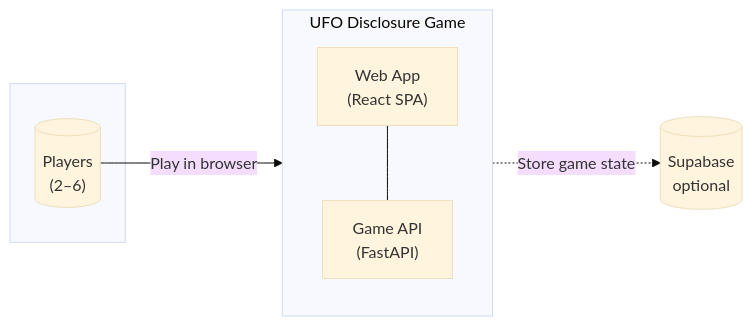
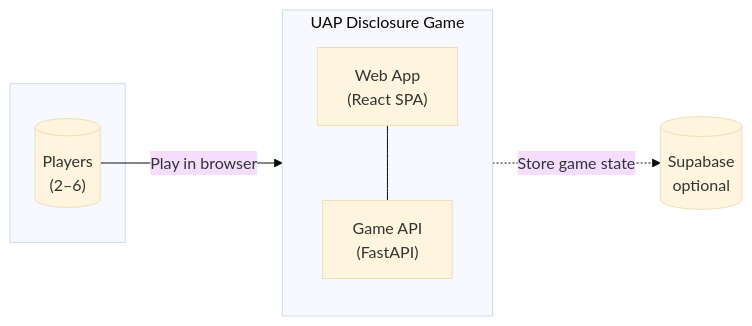
Before and after one commit to nmarchand73/uap_disclosure_game: the first of 5 diagrams in docs/architecture.md, drawn with Mermaid (base theme). The commit also changed other lines of this file and 8 other files, not shown here.

Commit message:
Improve README, rename to UAP Disclosure Game, update .gitignore and docs

````diff
--- a/docs/architecture.md
+++ b/docs/architecture.md
@@ -11,15 +11,15 @@
 ```mermaid
 flowchart LR
     subgraph users[" "]
         P[("Players\n(2–6)")]
     end
-    subgraph system["UFO Disclosure Game"]
+    subgraph system["UAP Disclosure Game"]
         direction TB
         WEB["Web App\n(React SPA)"]
         API["Game API\n(FastAPI)"]
         WEB --- API
     end
     EXT[(Supabase\noptional)]
     P -->|"Play in browser"| WEB
     API -.->|"Store game state"| EXT
 ```
````
